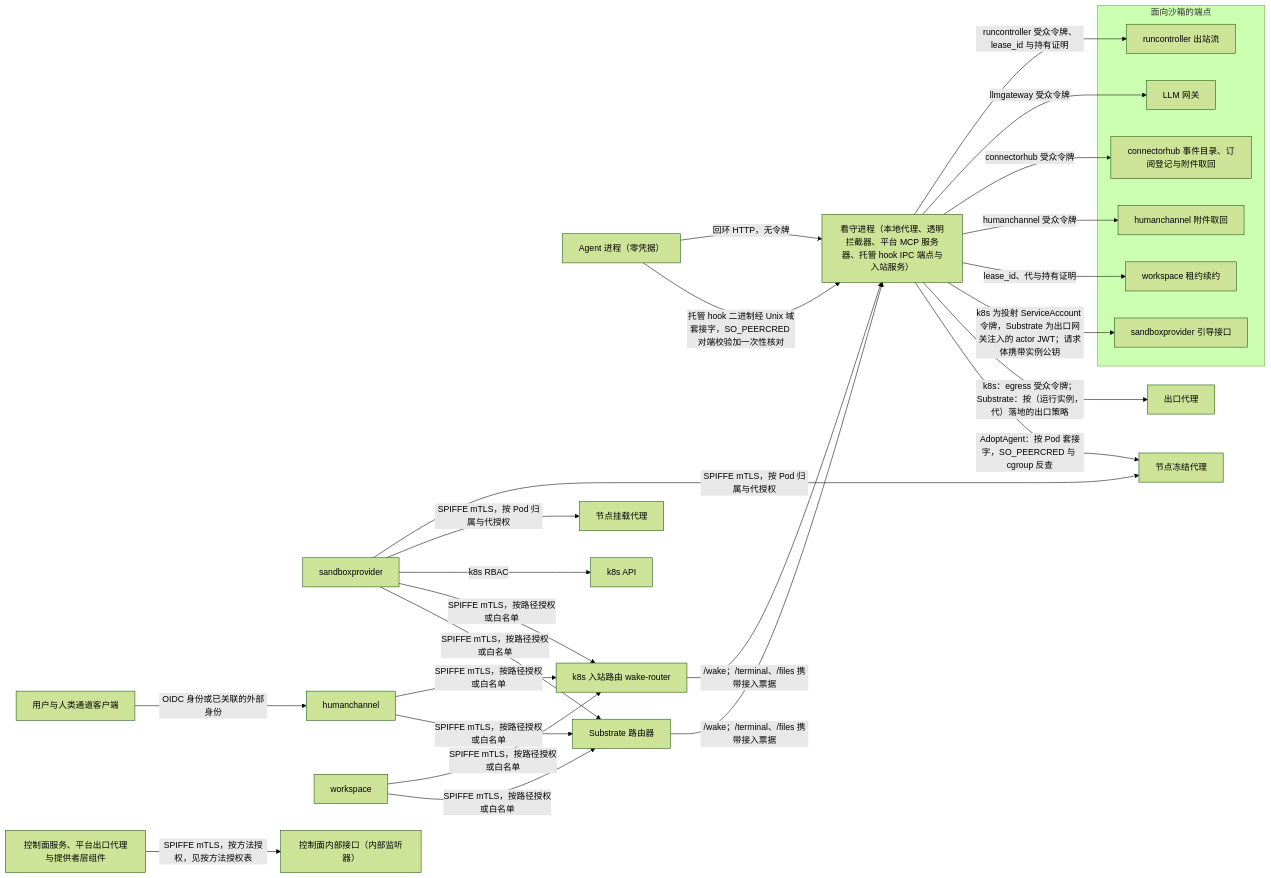
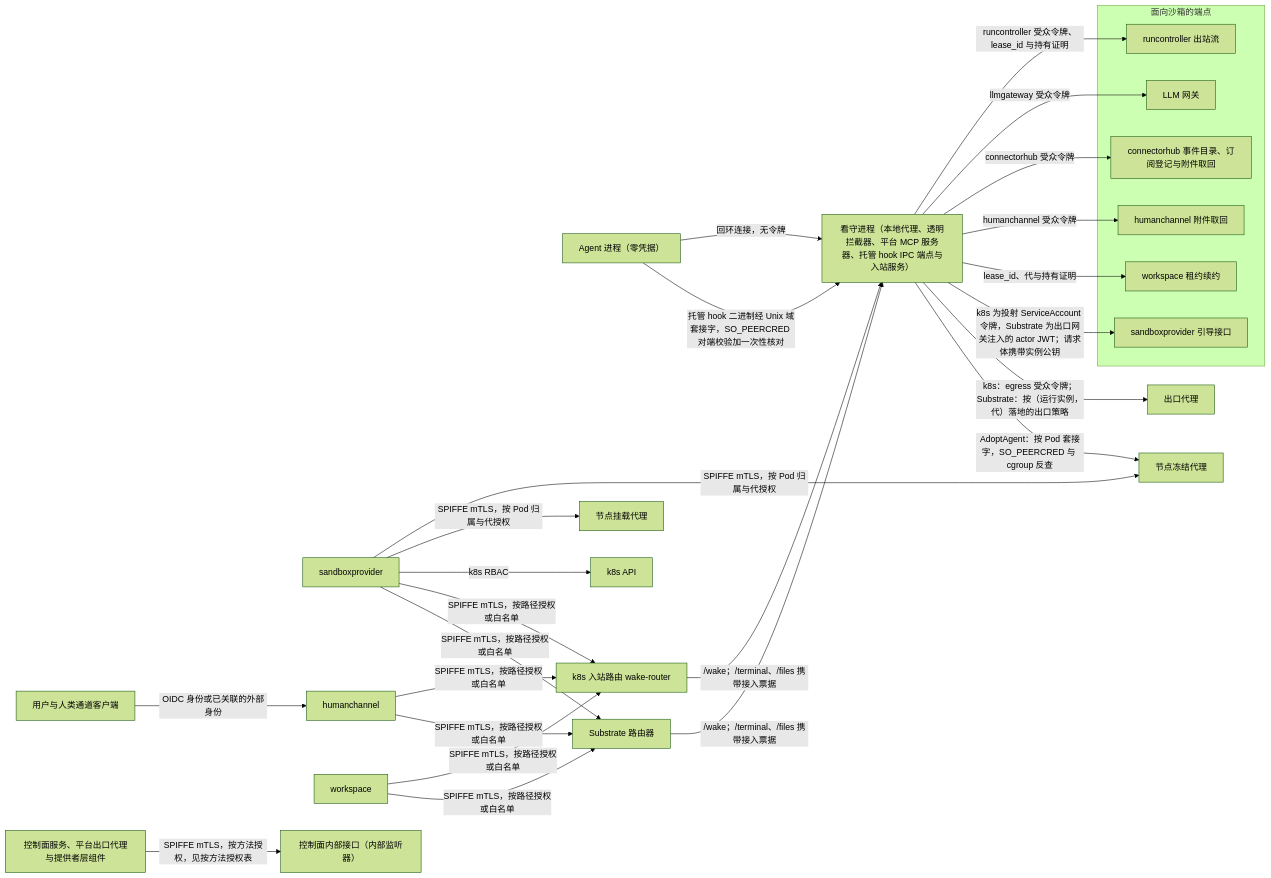
The eighth of 8 diagrams in docs/design/architecture.md (wangzw/castworks), drawn with Mermaid (forest theme) before and after one commit. The commit also changed other lines of this file and 13 other files, not shown here.

````diff
--- a/docs/design/architecture.md
+++ b/docs/design/architecture.md
@@ -629,34 +629,34 @@
 ```mermaid
 graph LR
-    agent["Agent 进程（零凭据）"] -->|"回环 HTTP，无令牌"| warden["看守进程（本地代理、透明拦截器、平台 MCP 服务器、托管 hook IPC 端点与入站服务）"]
+    agent["Agent 进程（零凭据）"] -->|"回环连接，无令牌"| warden["看守进程（本地代理、透明拦截器、平台 MCP 服务器、托管 hook IPC 端点与入站服务）"]
     agent -->|"托管 hook 二进制经 Unix 域套接字，SO_PEERCRED 对端校验加一次性核对"| warden
     subgraph sfe["面向沙箱的端点"]
         rc["runcontroller 出站流"]
         gw["LLM 网关"]
         hub["connectorhub 事件目录、订阅登记与附件取回"]
         hc2["humanchannel 附件取回"]
         ws2["workspace 租约续约"]
         spb["sandboxprovider 引导接口"]
     end
     warden -->|"runcontroller 受众令牌、lease_id 与持有证明"| rc
     warden -->|"llmgateway 受众令牌"| gw
     warden -->|"connectorhub 受众令牌"| hub
     warden -->|"humanchannel 受众令牌"| hc2
     warden -->|"lease_id、代与持有证明"| ws2
     warden -->|"k8s 为投射 ServiceAccount 令牌，Substrate 为出口网关注入的 actor JWT；请求体携带实例公钥"| spb
     warden -->|"k8s：egress 受众令牌；Substrate：按（运行实例，代）落地的出口策略"| egress["出口代理"]
     warden -->|"AdoptAgent：按 Pod 套接字，SO_PEERCRED 与 cgroup 反查"| nfa["节点冻结代理"]
     sp["sandboxprovider"] -->|"SPIFFE mTLS，按 Pod 归属与代授权"| nfa
     sp -->|"SPIFFE mTLS，按 Pod 归属与代授权"| nma["节点挂载代理"]
     sp -->|"k8s RBAC"| k8s["k8s API"]
     sp -->|"SPIFFE mTLS，按路径授权或白名单"| k8srouter["k8s 入站路由 wake-router"]
     sp -->|"SPIFFE mTLS，按路径授权或白名单"| router["Substrate 路由器"]
     hc["humanchannel"] -->|"SPIFFE mTLS，按路径授权或白名单"| k8srouter
     hc -->|"SPIFFE mTLS，按路径授权或白名单"| router
     ws["workspace"] -->|"SPIFFE mTLS，按路径授权或白名单"| k8srouter
     ws -->|"SPIFFE mTLS，按路径授权或白名单"| router
     k8srouter -->|"/wake；/terminal、/files 携带接入票据"| warden
     router -->|"/wake；/terminal、/files 携带接入票据"| warden
     user["用户与人类通道客户端"] -->|"OIDC 身份或已关联的外部身份"| hc
     callers["控制面服务、平台出口代理与提供者层组件"] -->|"SPIFFE mTLS，按方法授权，见按方法授权表"| internal["控制面内部接口（内部监听器）"]
 ```
````
